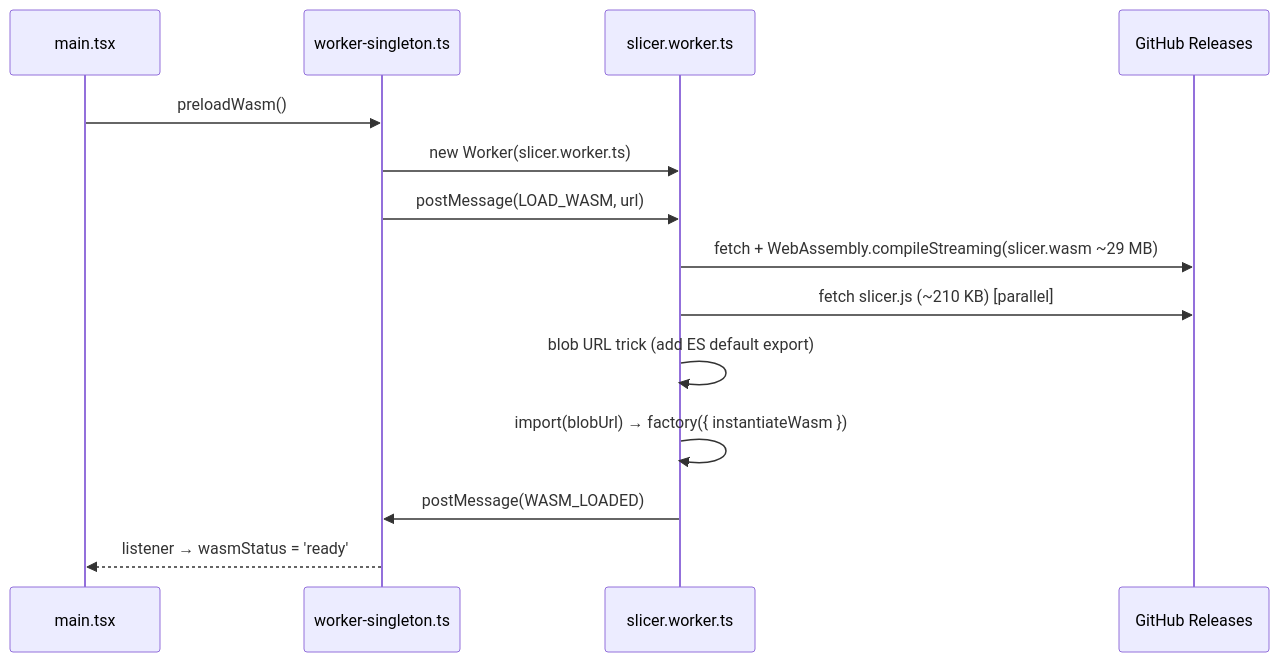
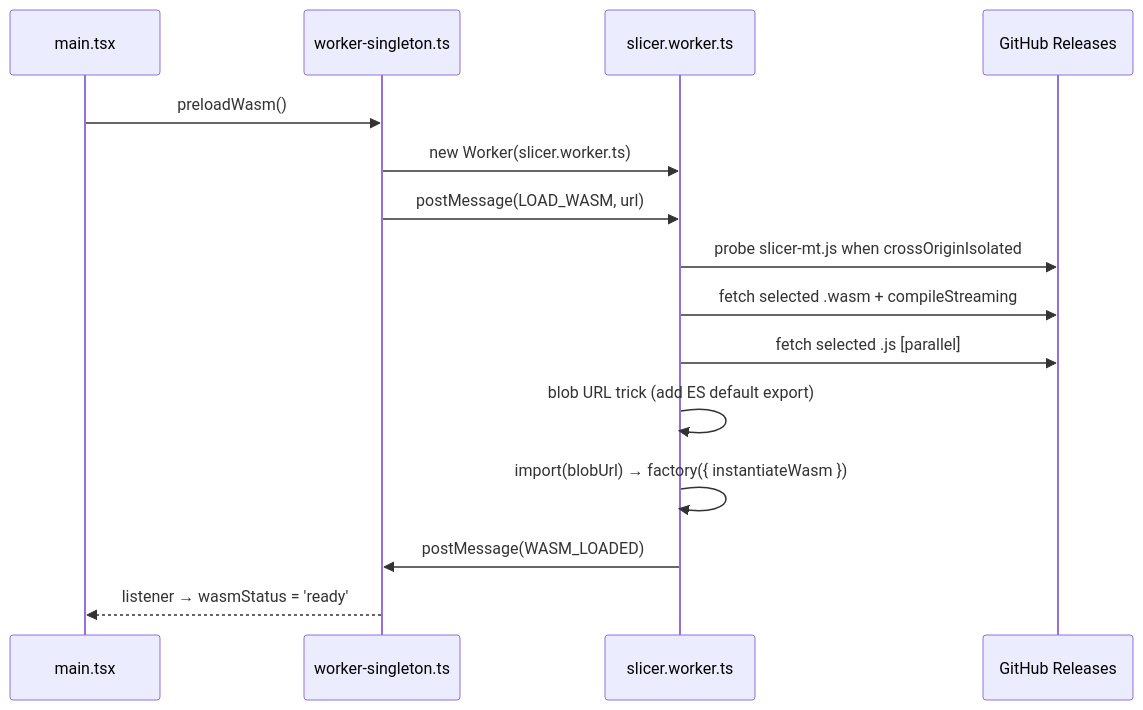
One commit to Hiosdra/OrcaWeb changed the diagram in mkdocs-docs/architecture.md. Above: the diagram before and after it, drawn with Mermaid. The commit also changed other lines of this file and 11 other files, not shown here.

````diff
--- a/mkdocs-docs/architecture.md
+++ b/mkdocs-docs/architecture.md
@@ -59,17 +61,18 @@
 ```mermaid
 sequenceDiagram
     participant M as main.tsx
     participant S as worker-singleton.ts
     participant W as slicer.worker.ts
     participant R as GitHub Releases
 
     M->>S: preloadWasm()
     S->>W: new Worker(slicer.worker.ts)
     S->>W: postMessage(LOAD_WASM, url)
-    W->>R: fetch + WebAssembly.compileStreaming(slicer.wasm ~29 MB)
-    W->>R: fetch slicer.js (~210 KB) [parallel]
+    W->>R: probe slicer-mt.js when crossOriginIsolated
+    W->>R: fetch selected .wasm + compileStreaming
+    W->>R: fetch selected .js [parallel]
     W->>W: blob URL trick (add ES default export)
     W->>W: import(blobUrl) → factory({ instantiateWasm })
     W->>S: postMessage(WASM_LOADED)
     S-->>M: listener → wasmStatus = 'ready'
 ```
````
